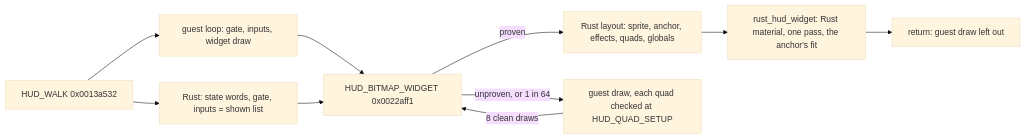
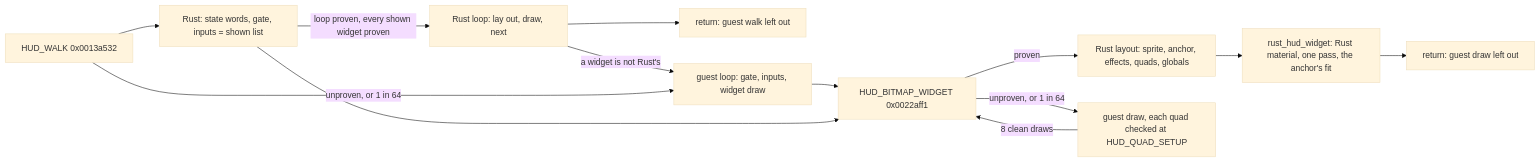
One commit to 0xdeafcafe/h2r changed the third of 3 diagrams in docs/graphics/native-hud-overlay.md. Above: the diagram before and after it, drawn with Mermaid (base theme). The commit also changed other lines of this file and 7 other files, not shown here.

First line of the commit message:
native-hud: the walk's loop in Rust on a per-definition shadow arm (8 walks whose guest calls matched the selection, 1 in 64 rechecked with every widget shadowed); name widgets and the callback's call-computed inputs read in Rust

````diff
--- a/docs/graphics/native-hud-overlay.md
+++ b/docs/graphics/native-hud-overlay.md
@@ -112,12 +112,15 @@
 ```mermaid
 flowchart LR
   W[HUD_WALK 0x0013a532] --> S[Rust: state words, gate, inputs = shown list]
-  W --> G[guest loop: gate, inputs, widget draw]
+  S -->|loop proven, every shown widget proven| O[Rust loop: lay out, draw, next]
+  O --> R[return: guest walk left out]
+  O -->|a widget is not Rust's| G
+  W -->|unproven, or 1 in 64| G[guest loop: gate, inputs, widget draw]
   G --> B[HUD_BITMAP_WIDGET 0x0022aff1]
   S --> B
   B -->|proven| L[Rust layout: sprite, anchor, effects, quads, globals]
   L --> H[rust_hud_widget: Rust material, one pass, the anchor's fit]
   H --> X[return: guest draw left out]
   B -->|unproven, or 1 in 64| Q[guest draw, each quad checked at HUD_QUAD_SETUP]
   Q -->|8 clean draws| B
 ```
````
